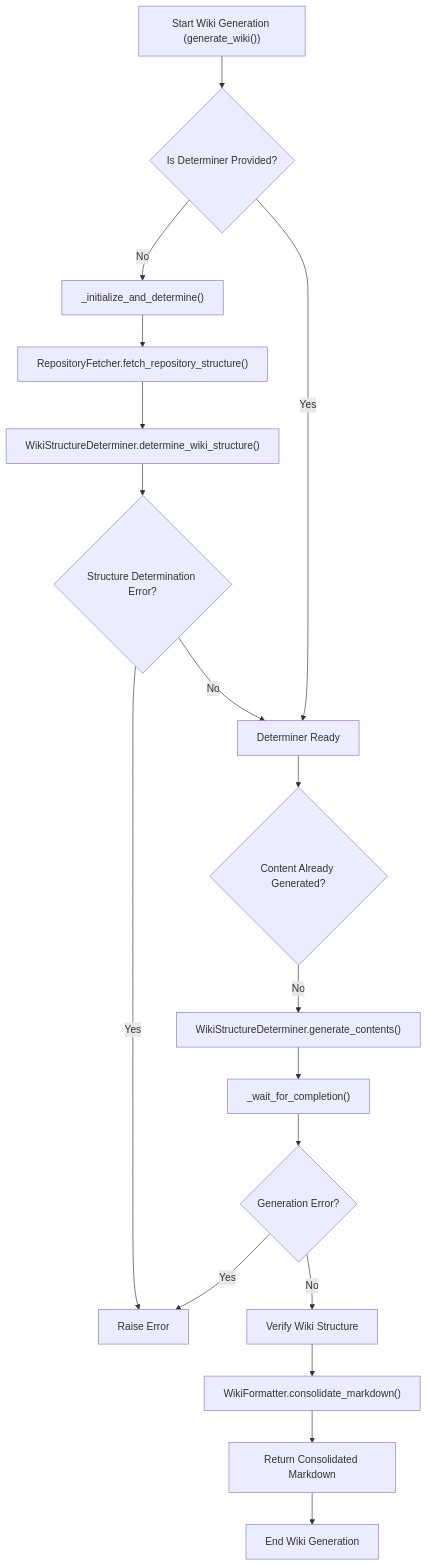
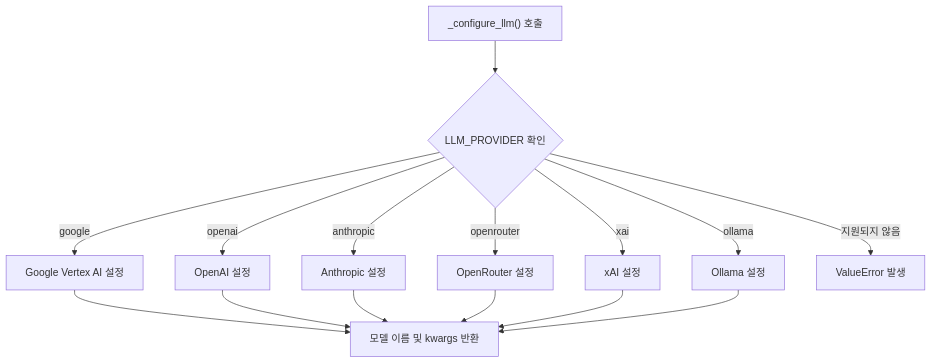
Before and after one commit to catuscio/wiki-as-readme: diagram 14 of 21 in examples/wiki_as_README.md, drawn with Mermaid. The commit also changed other lines of this file, not shown here.

Commit message:
docs: ✨Update examples/wiki_as_README.md via Wiki-As-Readme Action

````diff
--- a/examples/wiki_as_README.md
+++ b/examples/wiki_as_README.md
@@ -1199,20 +1464,17 @@
 ```mermaid
-flowchart TD
-    A["Start Wiki Generation (generate_wiki())"] --> B{"Is Determiner Provided?"}
-    B -- No --> C["_initialize_and_determine()"]
-    C --> D["RepositoryFetcher.fetch_repository_structure()"]
-    D --> E["WikiStructureDeterminer.determine_wiki_structure()"]
-    E --> F{"Structure Determination Error?"}
-    F -- Yes --> G["Raise Error"]
-    F -- No --> H["Determiner Ready"]
-    B -- Yes --> H
-    H --> I{"Content Already Generated?"}
-    I -- No --> J["WikiStructureDeterminer.generate_contents()"]
-    J --> K["_wait_for_completion()"]
-    K --> L{"Generation Error?"}
-    L -- Yes --> G
-    L -- No --> M["Verify Wiki Structure"]
-    M --> N["WikiFormatter.consolidate_markdown()"]
-    N --> O["Return Consolidated Markdown"]
-    O --> P["End Wiki Generation"]
+graph TD
+    A["_configure_llm() 호출"] --> B{"LLM_PROVIDER 확인"};
+    B -- "google" --> C["Google Vertex AI 설정"];
+    B -- "openai" --> D["OpenAI 설정"];
+    B -- "anthropic" --> E["Anthropic 설정"];
+    B -- "openrouter" --> F["OpenRouter 설정"];
+    B -- "xai" --> G["xAI 설정"];
+    B -- "ollama" --> H["Ollama 설정"];
+    C --> I["모델 이름 및 kwargs 반환"];
+    D --> I;
+    E --> I;
+    F --> I;
+    G --> I;
+    H --> I;
+    B -- "지원되지 않음" --> J["ValueError 발생"];
 ```
````
